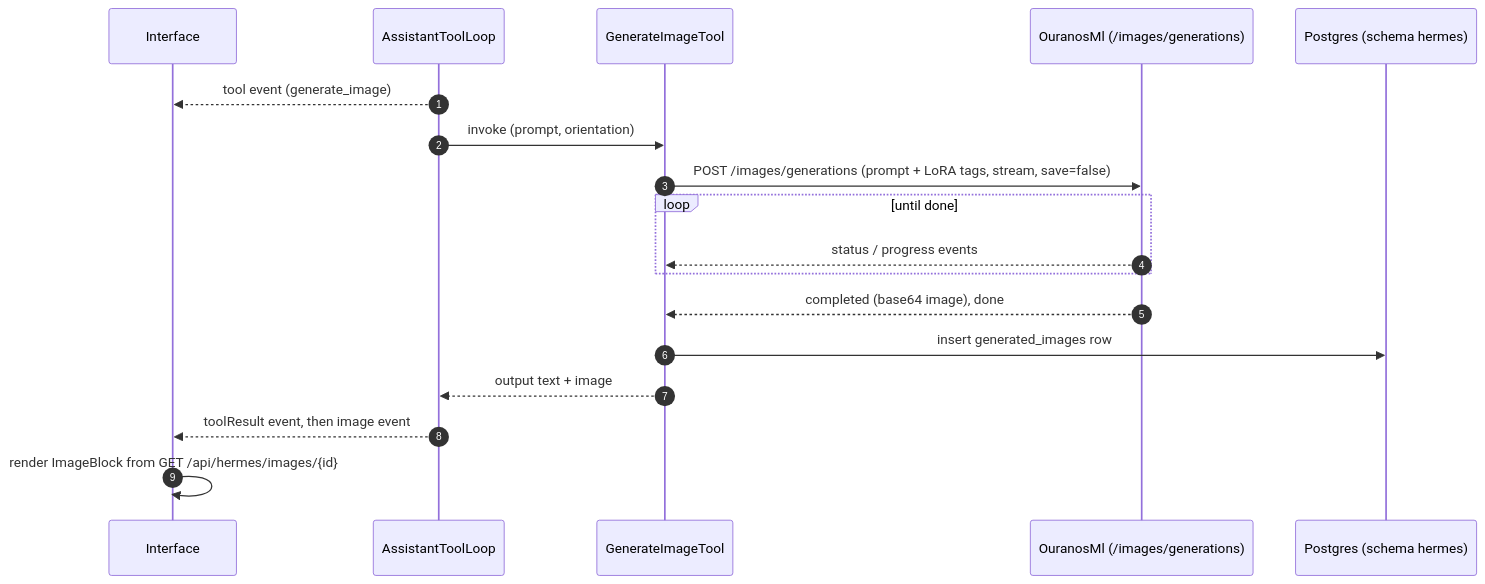
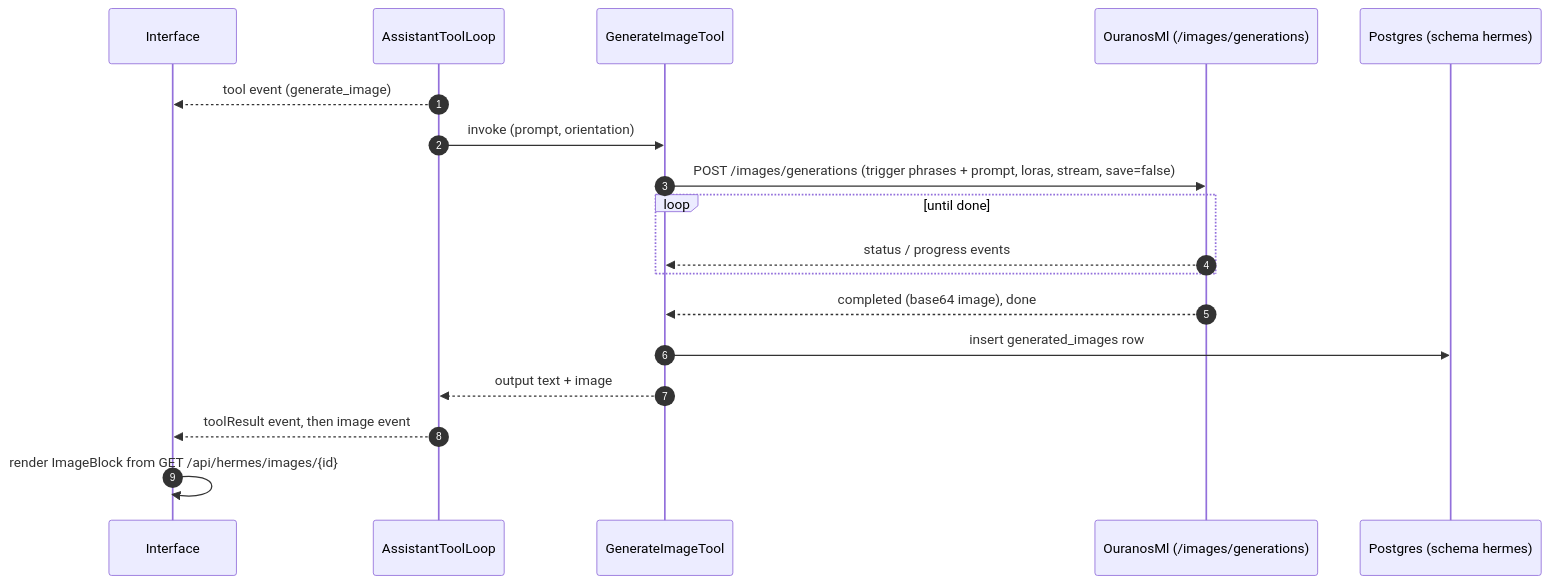
One commit to davwales/ouranos-pantheon changed the third of 4 diagrams in src/modules/hermes/docs/06-runtime-view.md. Above: the diagram before and after it, drawn with Mermaid. The commit also changed other lines of this file and 88 other files, not shown here.

````diff
--- a/src/modules/hermes/docs/06-runtime-view.md
+++ b/src/modules/hermes/docs/06-runtime-view.md
@@ -89,21 +89,21 @@
 ```mermaid
 sequenceDiagram
     autonumber
     participant UI as Interface
     participant L as AssistantToolLoop
     participant T as GenerateImageTool
     participant ML as OuranosMl (/images/generations)
     participant DB as Postgres (schema hermes)
 
     L -->> UI: tool event (generate_image)
     L ->> T: invoke (prompt, orientation)
-    T ->> ML: POST /images/generations (prompt + LoRA tags, stream, save=false)
+    T ->> ML: POST /images/generations (trigger phrases + prompt, loras, stream, save=false)
     loop until done
         ML -->> T: status / progress events
     end
     ML -->> T: completed (base64 image), done
     T ->> DB: insert generated_images row
     T -->> L: output text + image
     L -->> UI: toolResult event, then image event
     UI ->> UI: render ImageBlock from GET /api/hermes/images/{id}
 ```
````
